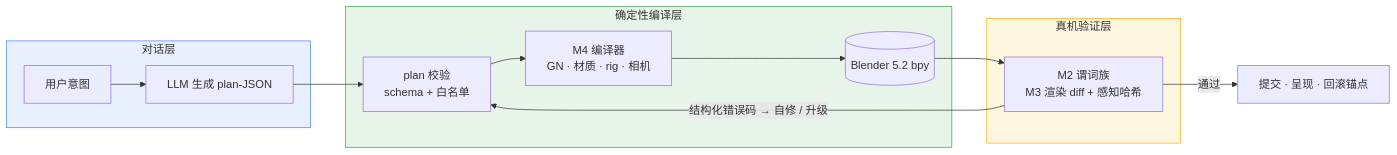
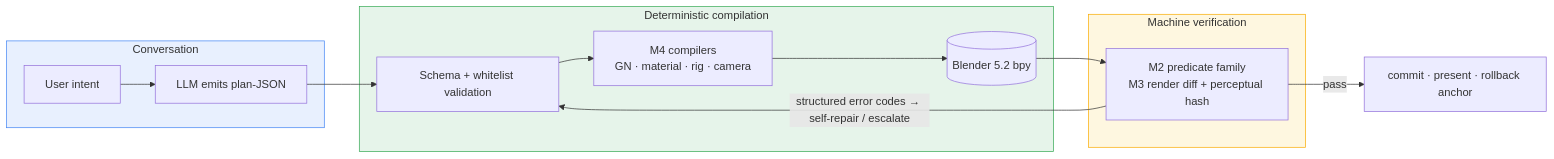
The diagram in README.md (master666-max/blender-ai-console), drawn with Mermaid before and after one commit. The commit also changed other lines of this file, not shown here.

````diff
--- a/README.md
+++ b/README.md
@@ -36,20 +44,20 @@
 ```mermaid
 flowchart LR
-    subgraph INTENT [对话层]
-        U[用户意图] --> L["LLM 生成 plan-JSON"]
+    subgraph INTENT [Conversation]
+        U[User intent] --> L[LLM emits plan-JSON]
     end
-    subgraph COMPILE [确定性编译层]
-        P["plan 校验<br/>schema + 白名单"] --> C["M4 编译器<br/>GN · 材质 · rig · 相机"]
+    subgraph COMPILE [Deterministic compilation]
+        P[Schema + whitelist validation] --> C[M4 compilers<br/>GN · material · rig · camera]
         C --> B[("Blender 5.2 bpy")]
     end
-    subgraph VERIFY [真机验证层]
-        V["M2 谓词族<br/>M3 渲染 diff + 感知哈希"]
+    subgraph VERIFY [Machine verification]
+        V[M2 predicate family<br/>M3 render diff + perceptual hash]
     end
     L --> P
     B --> V
-    V -- "结构化错误码 → 自修 / 升级" --> P
-    V -- "通过" --> OK["提交 · 呈现 · 回滚锚点"]
+    V -- "structured error codes → self-repair / escalate" --> P
+    V -- "pass" --> OK["commit · present · rollback anchor"]
     style INTENT fill:#e8f0fe,stroke:#4285f4
     style COMPILE fill:#e6f4ea,stroke:#34a853
     style VERIFY fill:#fef7e0,stroke:#f9ab00
 ```
````
